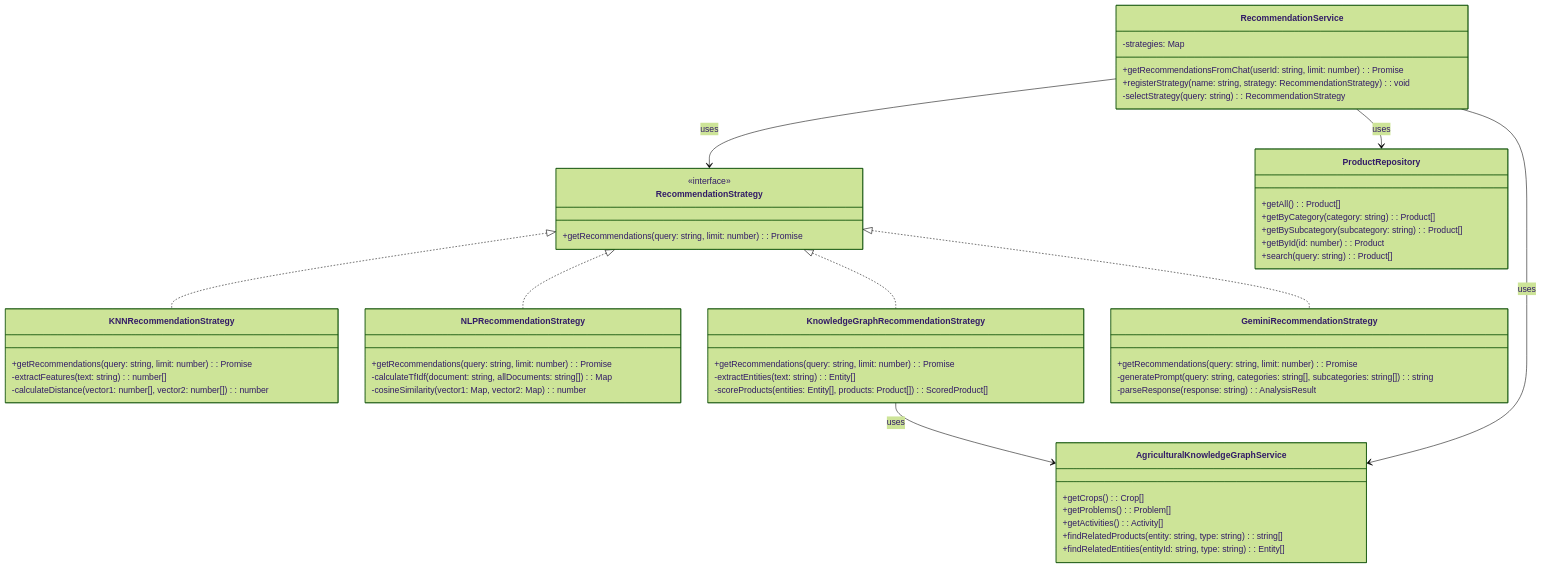
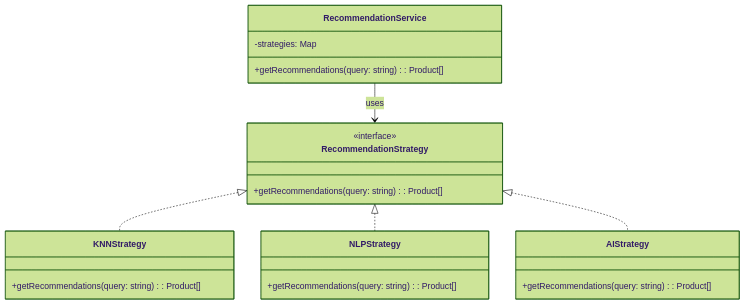
The sixth of 7 diagrams in documentation/digram.md (Gauravkrsah/Cropsay), drawn with Mermaid (forest theme) before and after one commit. The commit also changed other lines of this file, not shown here.

Commit message:
Simplify and clean up system diagrams for better readability

````diff
--- a/documentation/digram.md
+++ b/documentation/digram.md
@@ -455,65 +184,30 @@
 ```mermaid
 classDiagram
     class RecommendationStrategy {
         <<interface>>
-        +getRecommendations(query: string, limit: number): Promise<Product[]>
+        +getRecommendations(query: string): Product[]
     }
     
-    class KNNRecommendationStrategy {
-        +getRecommendations(query: string, limit: number): Promise<Product[]>
-        -extractFeatures(text: string): number[]
-        -calculateDistance(vector1: number[], vector2: number[]): number
+    class KNNStrategy {
+        +getRecommendations(query: string): Product[]
     }
     
-    class NLPRecommendationStrategy {
-        +getRecommendations(query: string, limit: number): Promise<Product[]>
-        -calculateTfIdf(document: string, allDocuments: string[]): Map<string, number>
-        -cosineSimilarity(vector1: Map<string, number>, vector2: Map<string, number>): number
+    class NLPStrategy {
+        +getRecommendations(query: string): Product[]
     }
     
-    class KnowledgeGraphRecommendationStrategy {
-        +getRecommendations(query: string, limit: number): Promise<Product[]>
-        -extractEntities(text: string): Entity[]
-        -scoreProducts(entities: Entity[], products: Product[]): ScoredProduct[]
-    }
-    
-    class GeminiRecommendationStrategy {
-        +getRecommendations(query: string, limit: number): Promise<Product[]>
-        -generatePrompt(query: string, categories: string[], subcategories: string[]): string
-        -parseResponse(response: string): AnalysisResult
+    class AIStrategy {
+        +getRecommendations(query: string): Product[]
     }
     
     class RecommendationService {
         -strategies: Map<string, RecommendationStrategy>
-        +getRecommendationsFromChat(userId: string, limit: number): Promise<Product[]>
-        +registerStrategy(name: string, strategy: RecommendationStrategy): void
-        -selectStrategy(query: string): RecommendationStrategy
+        +getRecommendations(query: string): Product[]
     }
     
-    class ProductRepository {
-        +getAll(): Product[]
-        +getByCategory(category: string): Product[]
-        +getBySubcategory(subcategory: string): Product[]
-        +getById(id: number): Product
-        +search(query: string): Product[]
-    }
-    
-    class AgriculturalKnowledgeGraphService {
-        +getCrops(): Crop[]
-        +getProblems(): Problem[]
-        +getActivities(): Activity[]
-        +findRelatedProducts(entity: string, type: string): string[]
-        +findRelatedEntities(entityId: string, type: string): Entity[]
-    }
-    
-    RecommendationStrategy <|.. KNNRecommendationStrategy
-    RecommendationStrategy <|.. NLPRecommendationStrategy
-    RecommendationStrategy <|.. KnowledgeGraphRecommendationStrategy
-    RecommendationStrategy <|.. GeminiRecommendationStrategy
+    RecommendationStrategy <|.. KNNStrategy
+    RecommendationStrategy <|.. NLPStrategy
+    RecommendationStrategy <|.. AIStrategy
     
     RecommendationService --> RecommendationStrategy: uses
-    RecommendationService --> ProductRepository: uses
-    RecommendationService --> AgriculturalKnowledgeGraphService: uses
-    
-    KnowledgeGraphRecommendationStrategy --> AgriculturalKnowledgeGraphService: uses
 ```
````
